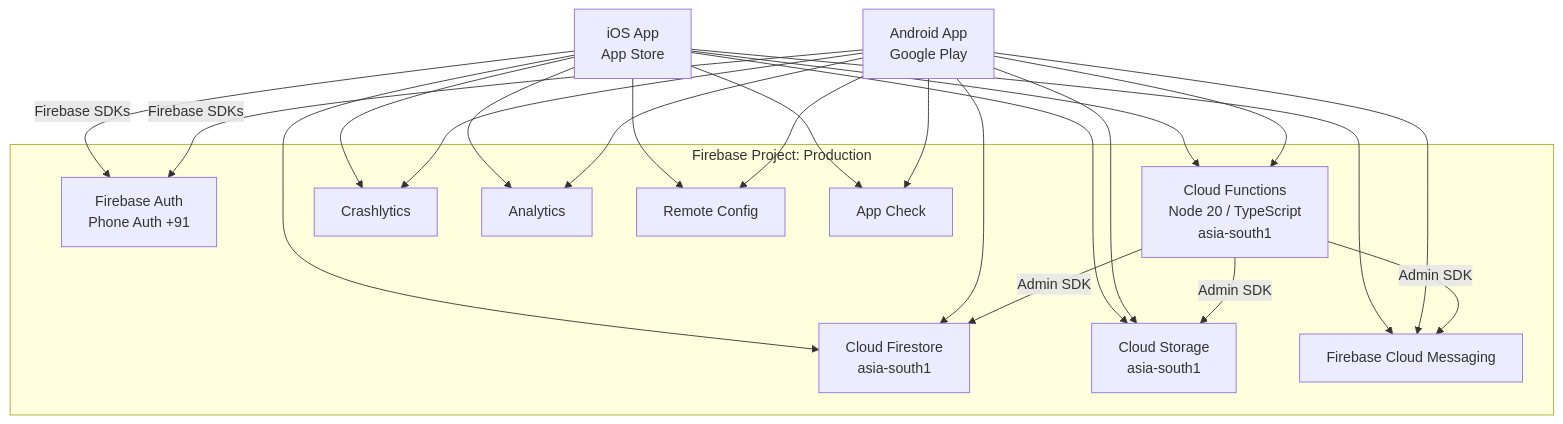
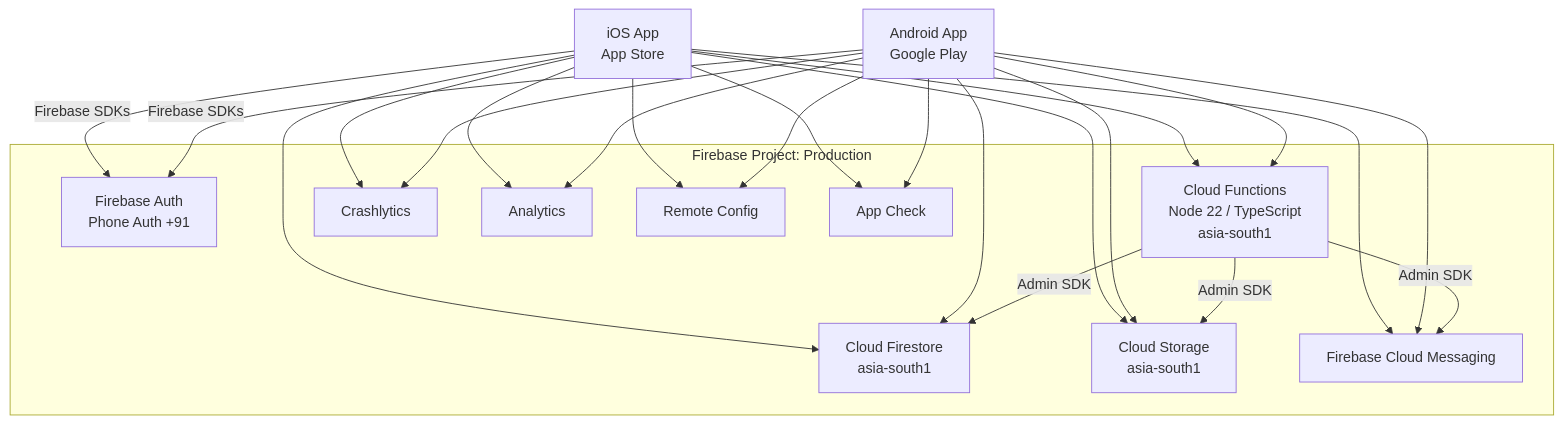
The first of 3 diagrams in docs/design/03-architecture/deployment-topology.md (avtansh-code/OneByTwo), drawn with Mermaid before and after one commit. The commit also changed other lines of this file and 99 other files, not shown here.

````diff
--- a/docs/design/03-architecture/deployment-topology.md
+++ b/docs/design/03-architecture/deployment-topology.md
@@ -29,38 +29,38 @@
 ```mermaid
 graph TD
     subgraph "Firebase Project: Production"
         AUTH[Firebase Auth<br/>Phone Auth +91]
         FS[Cloud Firestore<br/>asia-south1]
-        CF[Cloud Functions<br/>Node 20 / TypeScript<br/>asia-south1]
+        CF[Cloud Functions<br/>Node 22 / TypeScript<br/>asia-south1]
         CS[Cloud Storage<br/>asia-south1]
         FCM[Firebase Cloud Messaging]
         CRASH[Crashlytics]
         ANALYTICS[Analytics]
         RC[Remote Config]
         AC[App Check]
     end
 
     IOS[iOS App<br/>App Store] -->|Firebase SDKs| AUTH
     IOS --> FS
     IOS --> CF
     IOS --> CS
     IOS --> FCM
     IOS --> CRASH
     IOS --> ANALYTICS
     IOS --> RC
     IOS --> AC
 
     ANDROID[Android App<br/>Google Play] -->|Firebase SDKs| AUTH
     ANDROID --> FS
     ANDROID --> CF
     ANDROID --> CS
     ANDROID --> FCM
     ANDROID --> CRASH
     ANDROID --> ANALYTICS
     ANDROID --> RC
     ANDROID --> AC
 
     CF -->|Admin SDK| FS
     CF -->|Admin SDK| CS
     CF -->|Admin SDK| FCM
 ```
````
